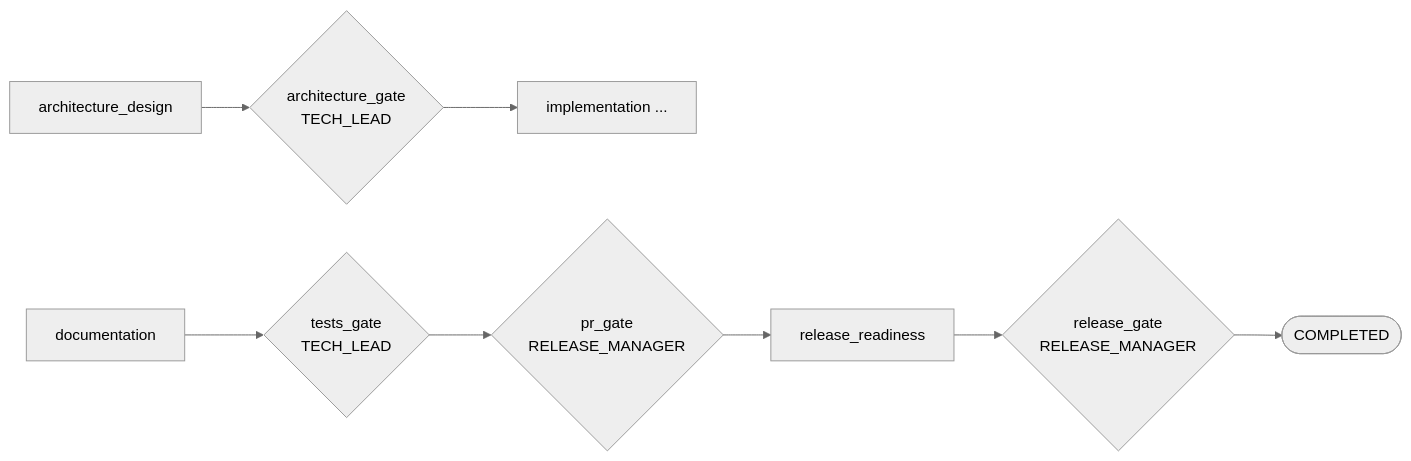
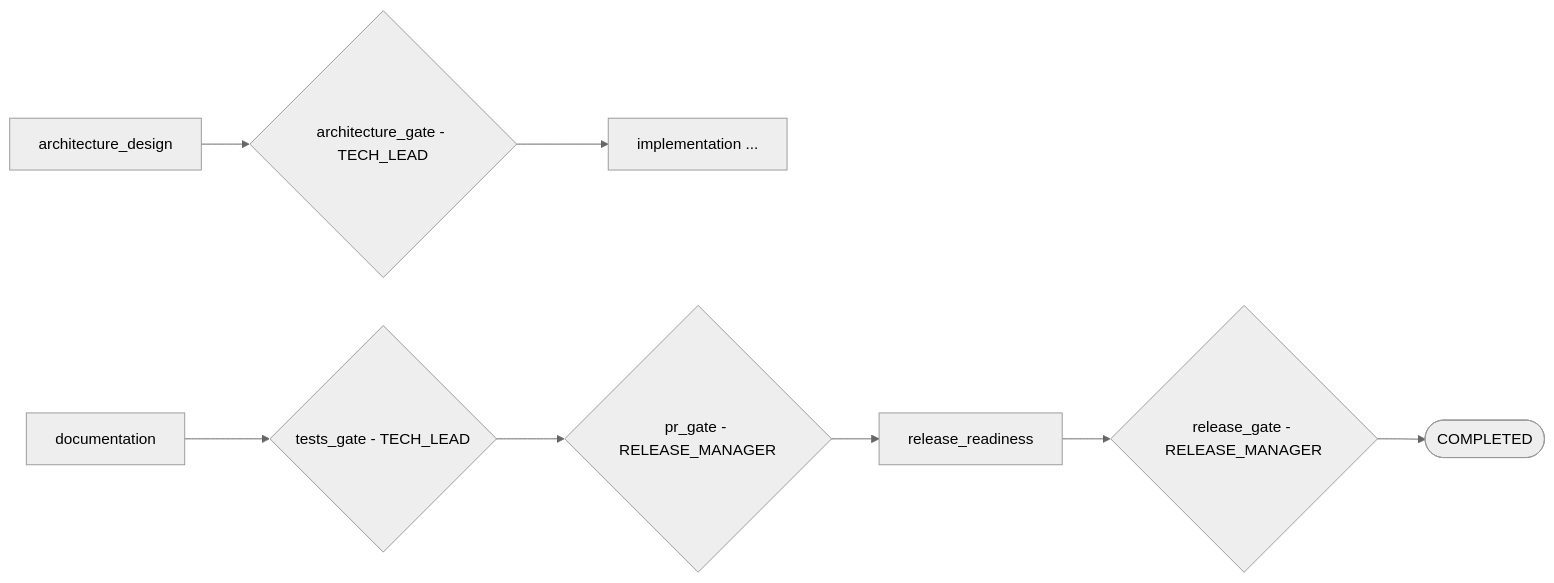
One commit to agentic-dev-projects/url-copilot changed the diagram in docs/GATES.md. Above: the diagram before and after it, drawn with Mermaid (neutral theme). The commit also changed 5 other files, not shown here.

First line of the commit message:
fix: strip all remaining Mermaid syntax GitHub cannot render

````diff
--- a/docs/GATES.md
+++ b/docs/GATES.md
@@ -11,10 +11,10 @@
 ```mermaid
 flowchart LR
-    AD[architecture_design] --> G1{"architecture_gate<br/>TECH_LEAD"}
+    AD[architecture_design] --> G1{architecture_gate - TECH_LEAD}
     G1 --> IMPL[implementation ...]
-    DOC[documentation] --> G2{"tests_gate<br/>TECH_LEAD"}
-    G2 --> G3{"pr_gate<br/>RELEASE_MANAGER"}
+    DOC[documentation] --> G2{tests_gate - TECH_LEAD}
+    G2 --> G3{pr_gate - RELEASE_MANAGER}
     G3 --> RR[release_readiness]
-    RR --> G4{"release_gate<br/>RELEASE_MANAGER"}
+    RR --> G4{release_gate - RELEASE_MANAGER}
     G4 --> DONE([COMPLETED])
 ```
````
